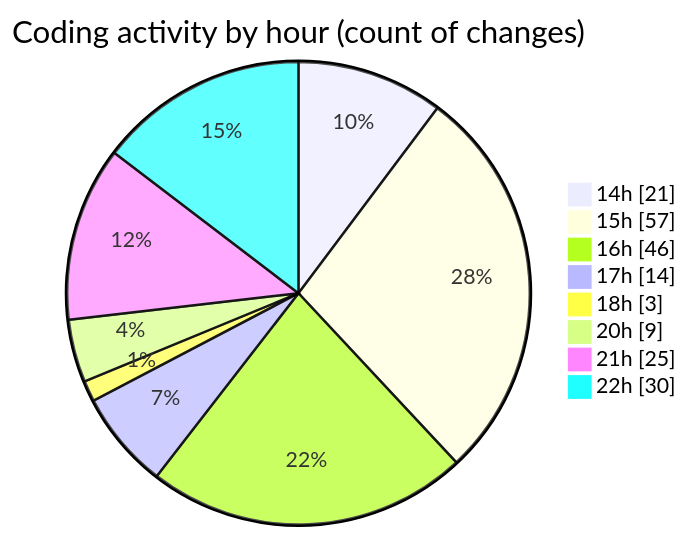
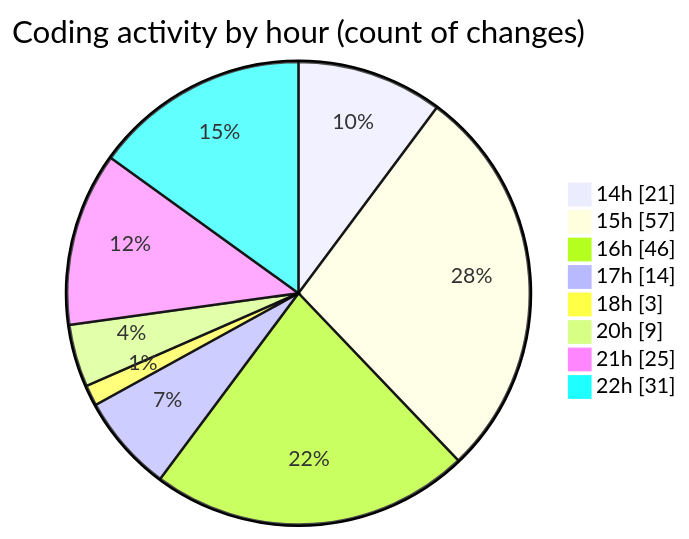
The second of 2 diagrams in 2025-05-24/projects/README.md (Ritupan-Deka/code-tracking), drawn with Mermaid before and after one commit. The commit also changed other lines of this file and 1 other file, not shown here.

````diff
--- a/2025-05-24/projects/README.md
+++ b/2025-05-24/projects/README.md
@@ -35,12 +35,12 @@
 ```mermaid
 pie showData
 title Coding activity by hour (count of changes)
 "14h" : 21
 "15h" : 57
 "16h" : 46
 "17h" : 14
 "18h" : 3
 "20h" : 9
 "21h" : 25
-"22h" : 30
+"22h" : 31
 ```
````
